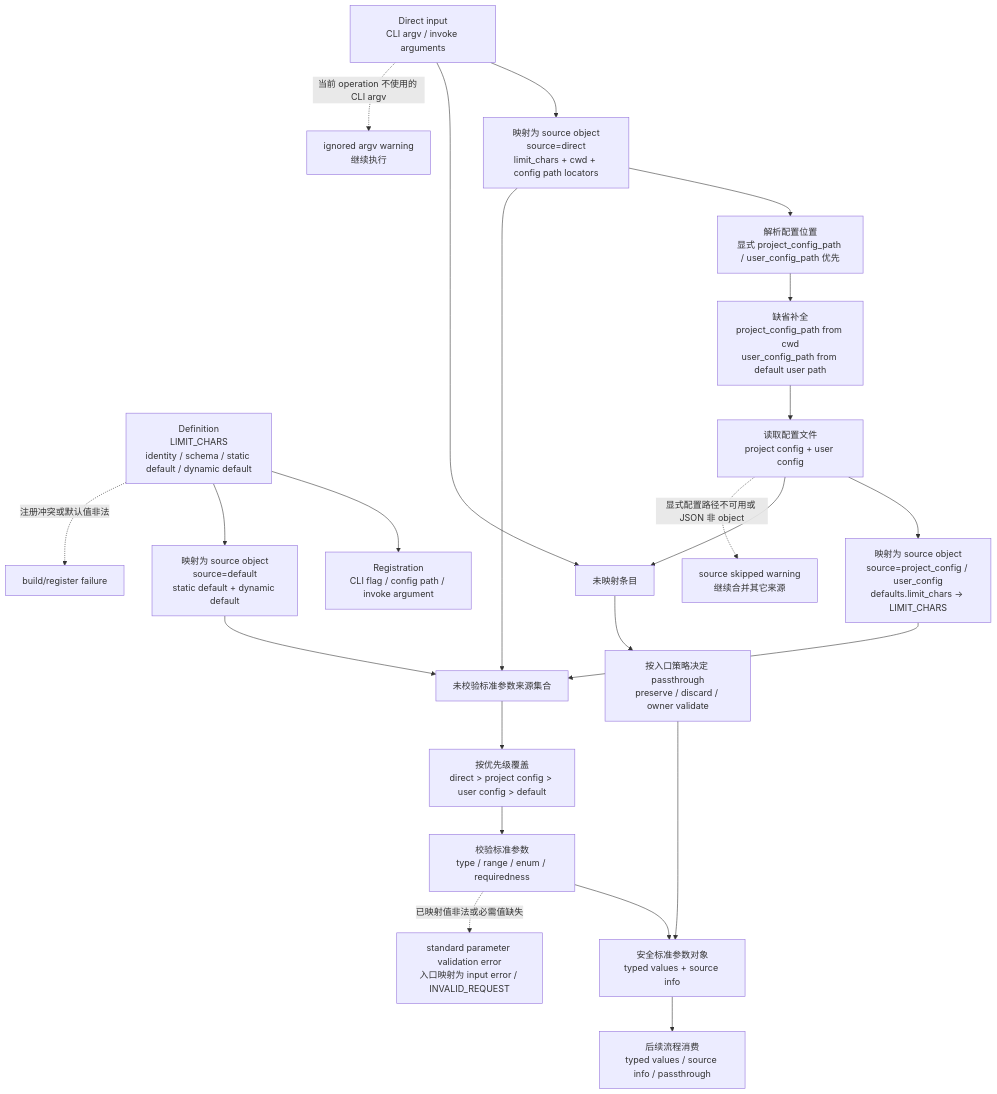
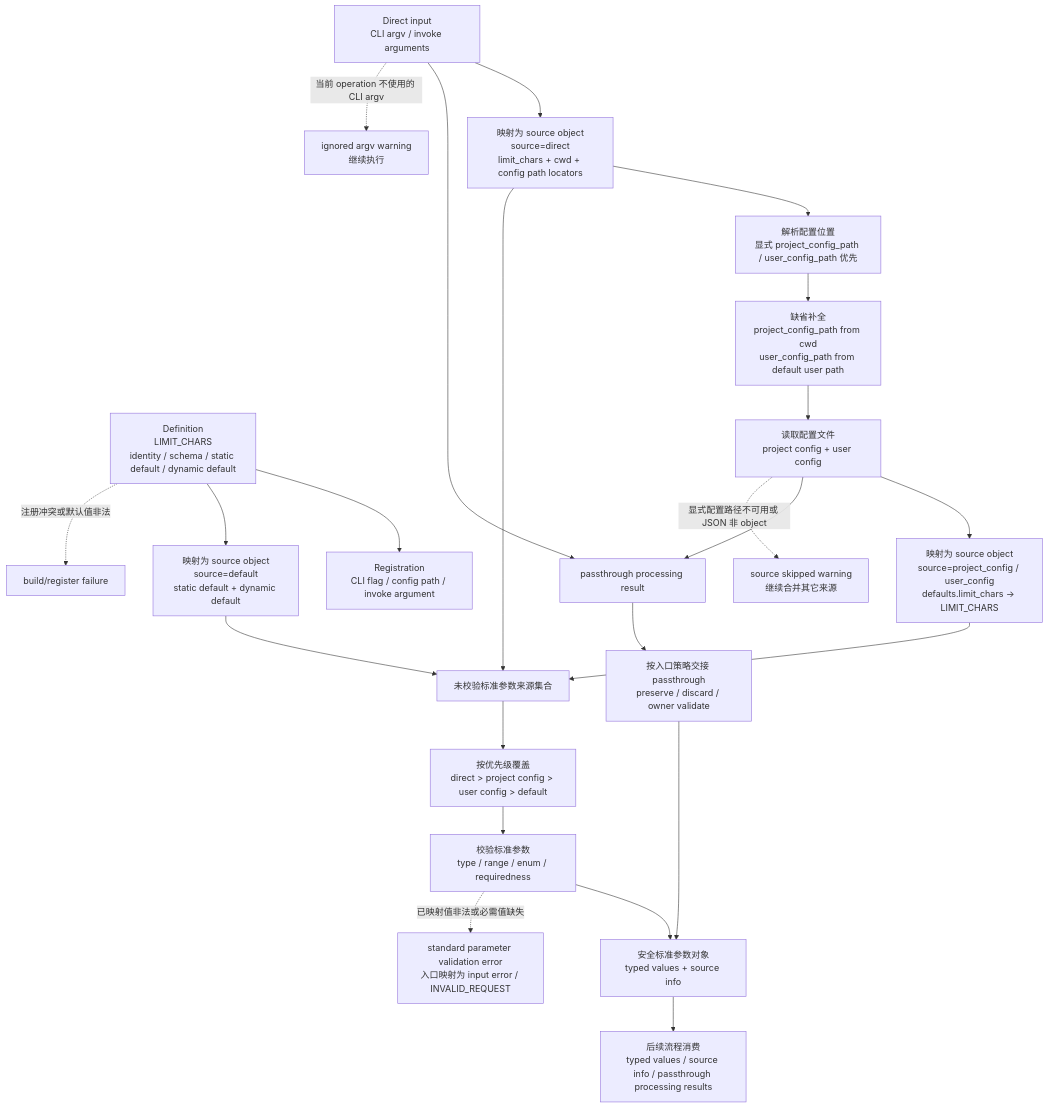
The diagram in docs/standard-parameters.md (zxyycom/docnav), drawn with Mermaid before and after one commit. The commit also changed other lines of this file and 38 other files, not shown here.

````diff
--- a/docs/standard-parameters.md
+++ b/docs/standard-parameters.md
@@ -32,31 +32,31 @@
 ```mermaid
 flowchart TD
   A["Definition<br/>LIMIT_CHARS<br/>identity / schema / static default / dynamic default"] --> B["Registration<br/>CLI flag / config path / invoke argument"]
 
   C["Direct input<br/>CLI argv / invoke arguments"] --> D["映射为 source object<br/>source=direct<br/>limit_chars + cwd + config path locators"]
   D --> E["解析配置位置<br/>显式 project_config_path / user_config_path 优先"]
   E --> F["缺省补全<br/>project_config_path from cwd<br/>user_config_path from default user path"]
   F --> G["读取配置文件<br/>project config + user config"]
   G --> H["映射为 source object<br/>source=project_config / user_config<br/>defaults.limit_chars -> LIMIT_CHARS"]
 
   A --> I["映射为 source object<br/>source=default<br/>static default + dynamic default"]
 
   D --> J["未校验标准参数来源集合"]
   H --> J
   I --> J
   J --> K["按优先级覆盖<br/>direct > project config > user config > default"]
   K --> L["校验标准参数<br/>type / range / enum / requiredness"]
   L --> M["安全标准参数对象<br/>typed values + source info"]
 
-  C --> N["未映射条目"]
+  C --> N["passthrough processing result"]
   G --> N
-  N --> O["按入口策略决定 passthrough<br/>preserve / discard / owner validate"]
+  N --> O["按入口策略交接 passthrough<br/>preserve / discard / owner validate"]
   O --> M
 
-  M --> P["后续流程消费<br/>typed values / source info / passthrough"]
+  M --> P["后续流程消费<br/>typed values / source info / passthrough processing results"]
 
   A -. "注册冲突或默认值非法" .-> X1["build/register failure"]
   G -. "显式配置路径不可用或 JSON 非 object" .-> X2["source skipped warning<br/>继续合并其它来源"]
   C -. "当前 operation 不使用的 CLI argv" .-> X3["ignored argv warning<br/>继续执行"]
   L -. "已映射值非法或必需值缺失" .-> X4["standard parameter validation error<br/>入口映射为 input error / INVALID_REQUEST"]
 ```
````
